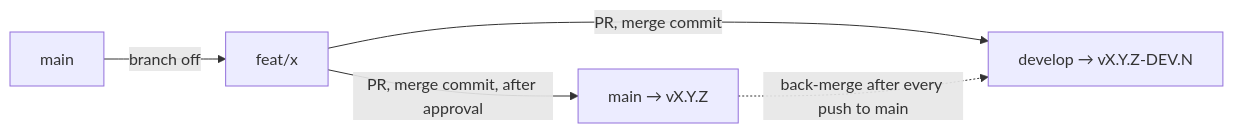
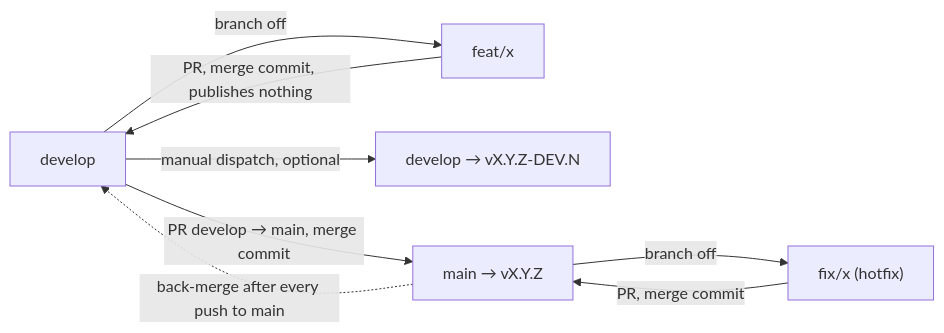
Before and after one commit to duydpdev/style-generator: the diagram in documents/deploy.md, drawn with Mermaid. The commit also changed other lines of this file and 5 other files, not shown here.

First line of the commit message:
[docs] describe the develop to main release flow

````diff
--- a/documents/deploy.md
+++ b/documents/deploy.md
@@ -39,7 +43,10 @@
 ```mermaid
 flowchart LR
-    M[main] -->|branch off| F["feat/x"]
-    F -->|PR, merge commit| D["develop → vX.Y.Z-DEV.N"]
-    F -->|PR, merge commit, after approval| M2["main → vX.Y.Z"]
-    M2 -.->|back-merge after every push to main| D
+    D[develop] -->|branch off| F["feat/x"]
+    F -->|PR, merge commit, publishes nothing| D
+    D -->|manual dispatch, optional| V["develop → vX.Y.Z-DEV.N"]
+    D -->|PR develop → main, merge commit| M["main → vX.Y.Z"]
+    M -->|branch off| H["fix/x (hotfix)"]
+    H -->|PR, merge commit| M
+    M -.->|back-merge after every push to main| D
 ```
````
